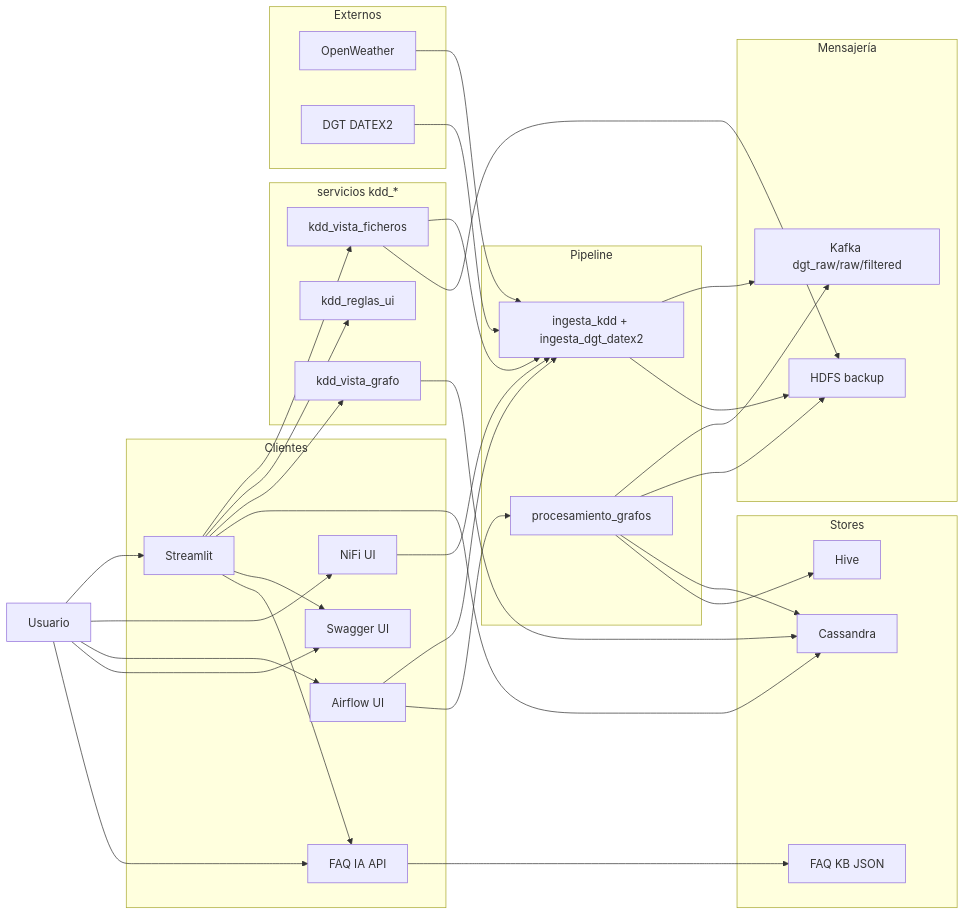
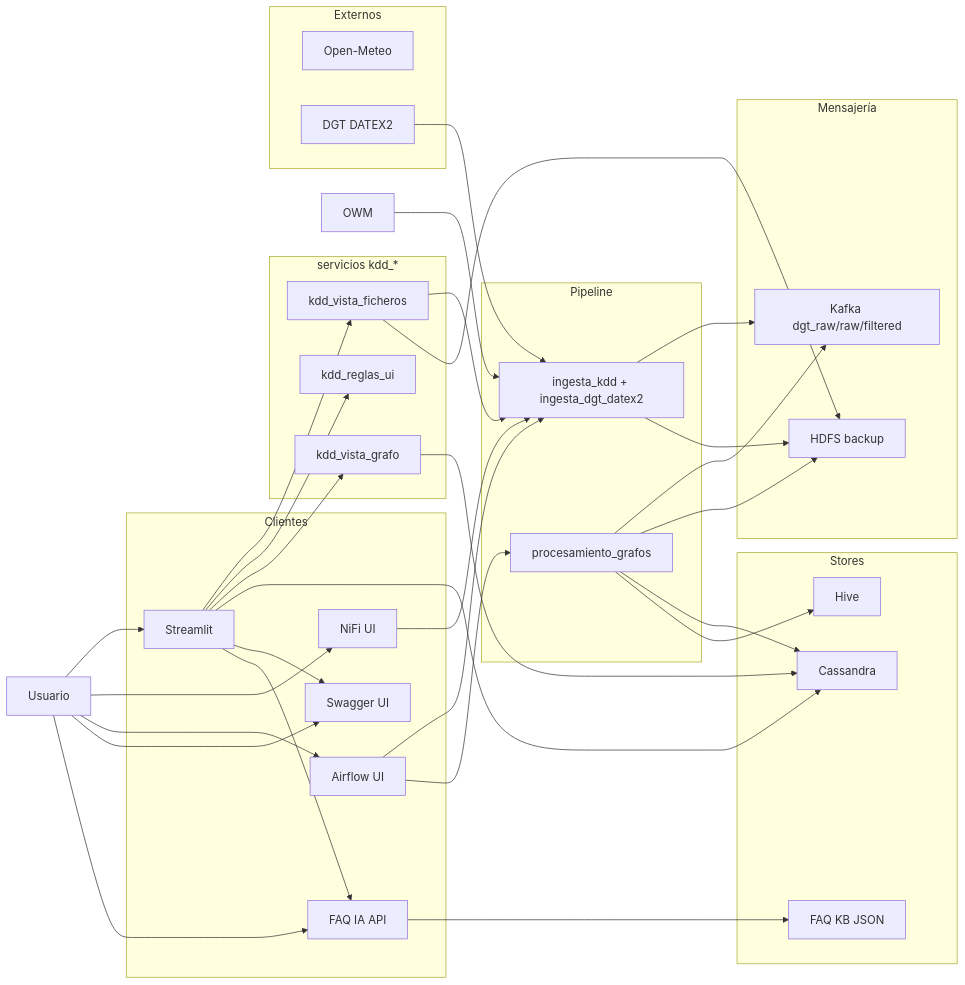
The second of 16 diagrams in docs/DIAGRAMAS_MERMAID.md (gracobjo/proyecto_transporte_global_standalone), drawn with Mermaid before and after one commit. The commit also changed other lines of this file and 36 other files, not shown here.

First line of the commit message:
feat: Open-Meteo/DGT, NiFi, orquestación KDD y mejoras de dashboard

````diff
--- a/docs/DIAGRAMAS_MERMAID.md
+++ b/docs/DIAGRAMAS_MERMAID.md
@@ -74,59 +74,59 @@
 ```mermaid
 flowchart LR
   U[Usuario]
   subgraph Clientes
     ST[Streamlit]
     N[NiFi UI]
     A[Airflow UI]
     SW[Swagger UI]
     FQ[FAQ IA API]
   end
   subgraph UI_KDD[servicios kdd_*]
     VF[kdd_vista_ficheros]
     VR[kdd_reglas_ui]
     VG[kdd_vista_grafo]
   end
   subgraph Pipeline
     I[ingesta_kdd + ingesta_dgt_datex2]
     P[procesamiento_grafos]
   end
   subgraph Externos
-    OWM[OpenWeather]
+    OM[Open-Meteo]
     DGT[DGT DATEX2]
   end
   subgraph Mensajería
     K[Kafka dgt_raw/raw/filtered]
     H[HDFS backup]
   end
   subgraph Stores
     C[Cassandra]
     V[Hive]
     KB[FAQ KB JSON]
   end
   U --> ST
   U --> N
   U --> A
   U --> SW
   U --> FQ
   ST --> VF
   ST --> VR
   ST --> VG
   OWM --> I
   DGT --> I
   VF --> I
   VF --> H
   VG --> C
   N --> I
   A --> I
   A --> P
   I --> K
   I --> H
   P --> K
   P --> H
   P --> C
   P --> V
   ST --> C
   ST --> SW
   ST --> FQ
   FQ --> KB
 ```
````
